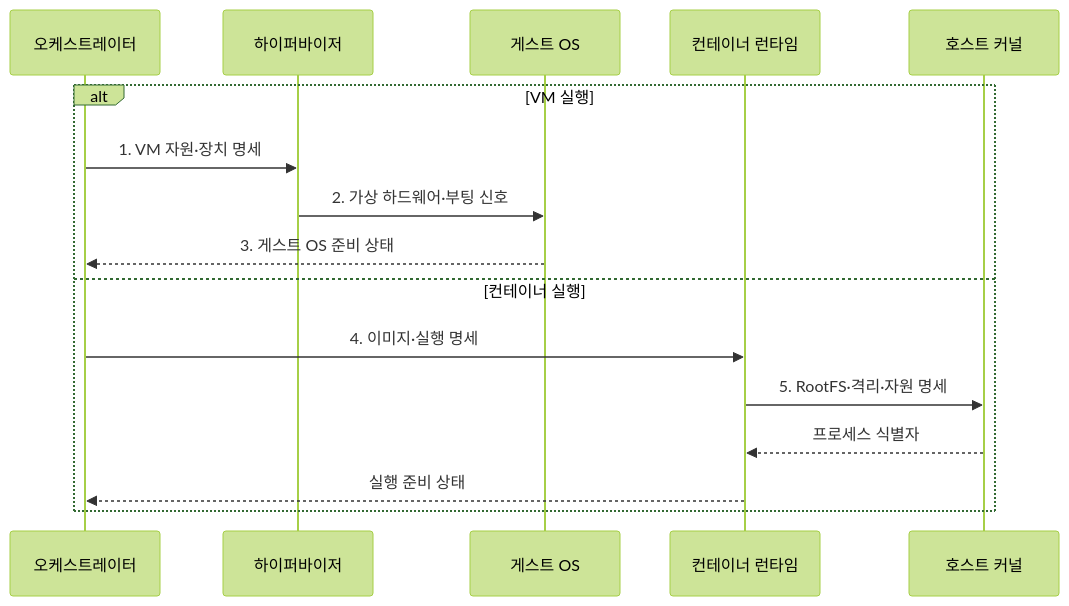
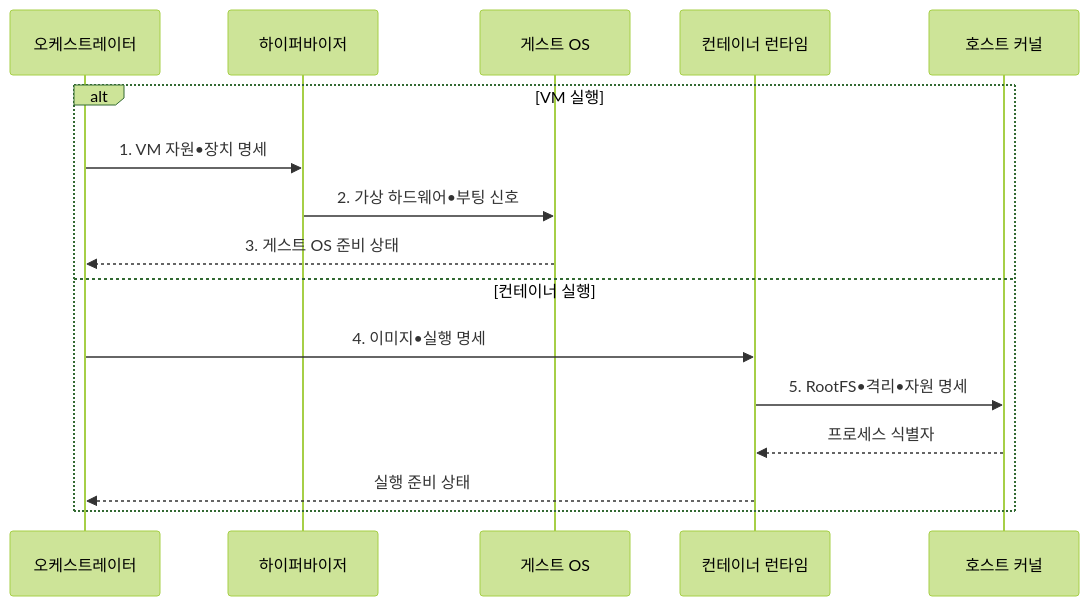
The second of 2 diagrams in src/content/docs/notes/03-software/151_vm_vs_container.md (agnusdei1207/knowledge-base), drawn with Mermaid (forest theme) before and after one commit. The commit also changed other lines of this file and 953 other files, not shown here.

````diff
--- a/src/content/docs/notes/03-software/151_vm_vs_container.md
+++ b/src/content/docs/notes/03-software/151_vm_vs_container.md
@@ -100,18 +100,18 @@
 ```mermaid
 sequenceDiagram
     participant O as 오케스트레이터
     participant H as 하이퍼바이저
     participant V as 게스트 OS
     participant R as 컨테이너 런타임
     participant K as 호스트 커널
     alt VM 실행
-        O->>H: 1. VM 자원·장치 명세
-        H->>V: 2. 가상 하드웨어·부팅 신호
+        O->>H: 1. VM 자원•장치 명세
+        H->>V: 2. 가상 하드웨어•부팅 신호
         V-->>O: 3. 게스트 OS 준비 상태
     else 컨테이너 실행
-        O->>R: 4. 이미지·실행 명세
-        R->>K: 5. RootFS·격리·자원 명세
+        O->>R: 4. 이미지•실행 명세
+        R->>K: 5. RootFS•격리•자원 명세
         K-->>R: 프로세스 식별자
         R-->>O: 실행 준비 상태
     end
 ```
````
